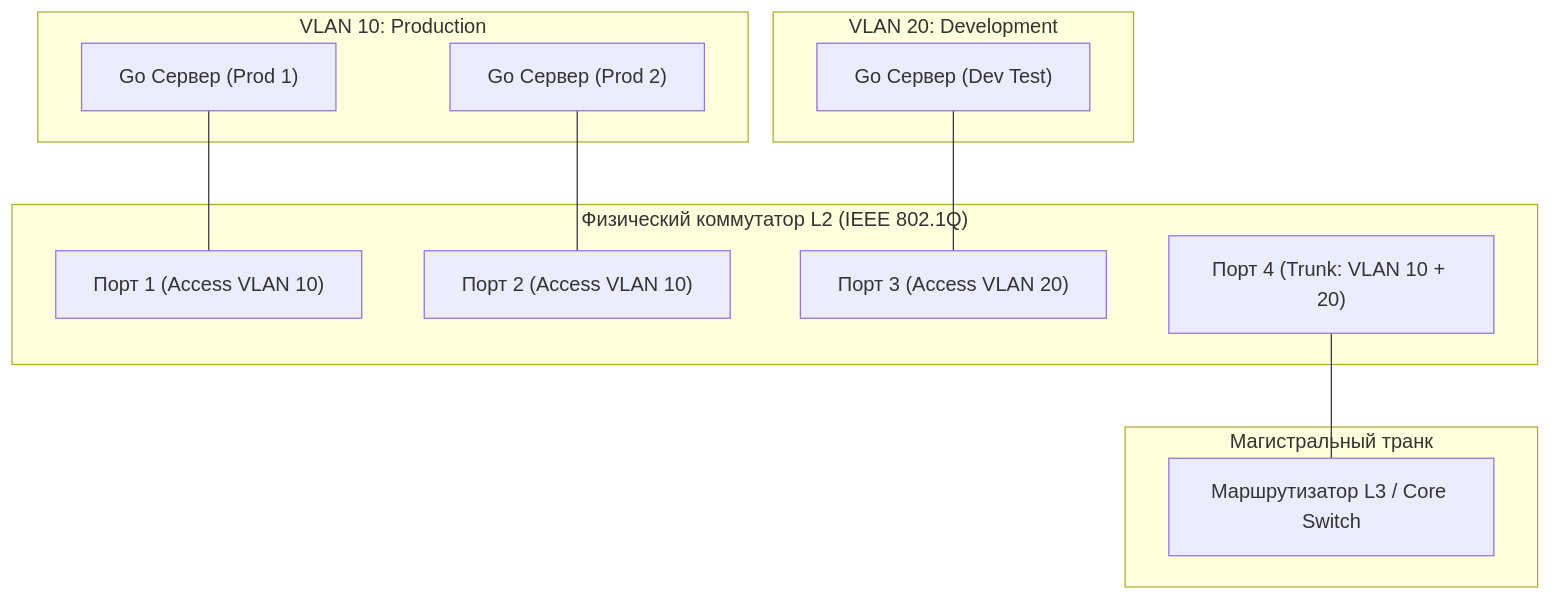
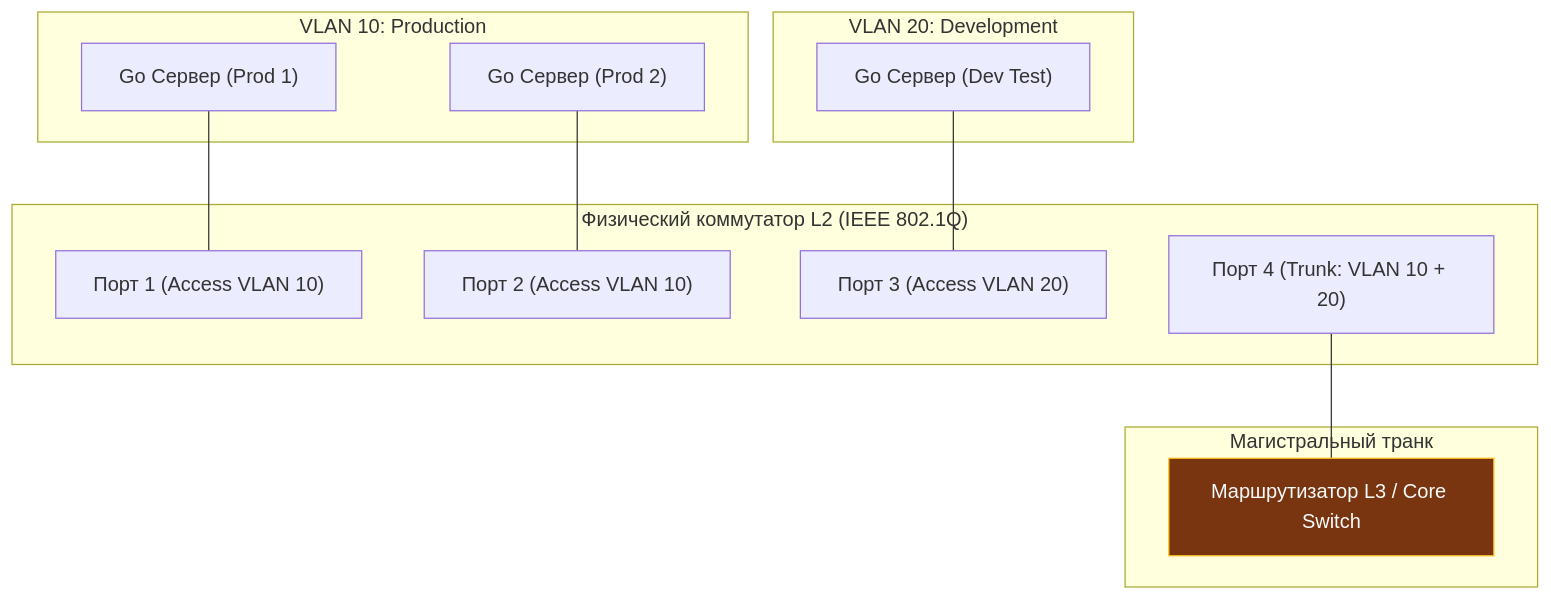
Before and after one commit to UnrealTemplier/go-textbook: the first of 5 diagrams in sources/3. Компьютерные сети и сетевой стек/9. VLAN, VXLAN и сегментация сети.md, drawn with Mermaid. The commit also changed other lines of this file and 1666 other files, not shown here.

First line of the commit message:
feat(mermaid): add semantic color classDef to 1369 colorless flowchart/graph diagrams

````diff
--- a/sources/3. Компьютерные сети и сетевой стек/9. VLAN, VXLAN и сегментация сети.md
+++ b/sources/3. Компьютерные сети и сетевой стек/9. VLAN, VXLAN и сегментация сети.md
@@ -22,27 +22,37 @@
 ```mermaid
 flowchart TD
+    classDef process  fill:#1e293b,stroke:#38bdf8,stroke-width:1px,color:#f8fafc
+    classDef success  fill:#064e3b,stroke:#34d399,stroke-width:1px,color:#f8fafc
+    classDef error    fill:#7f1d1d,stroke:#f87171,stroke-width:1px,color:#f8fafc
+    classDef warning  fill:#78350f,stroke:#fbbf24,stroke-width:1px,color:#f8fafc
+    classDef entry    fill:#1e3a5f,stroke:#38bdf8,stroke-width:2px,color:#f8fafc
+    classDef aux      fill:#334155,stroke:#64748b,stroke-width:1px,color:#f8fafc
+    classDef system   fill:#312e81,stroke:#a78bfa,stroke-width:1px,color:#f8fafc
+    classDef data     fill:#132d29,stroke:#2dd4bf,stroke-width:1px,color:#f8fafc
+    classDef network  fill:#881337,stroke:#fb7185,stroke-width:1px,color:#f8fafc
+    classDef accent   fill:#1e1b4b,stroke:#818cf8,stroke-width:1px,color:#f8fafc
     subgraph PhysicalSwitch ["Физический коммутатор L2 (IEEE 802.1Q)"]
         Port1["Порт 1 (Access VLAN 10)"]
         Port2["Порт 2 (Access VLAN 10)"]
         Port3["Порт 3 (Access VLAN 20)"]
         Port4["Порт 4 (Trunk: VLAN 10 + 20)"]
     end
 
     subgraph ProdNet ["VLAN 10: Production"]
         GoApp1["Go Сервер (Prod 1)"]
         GoApp2["Go Сервер (Prod 2)"]
     end
 
     subgraph DevNet ["VLAN 20: Development"]
         GoDev["Go Сервер (Dev Test)"]
     end
 
     subgraph Uplink ["Магистральный транк"]
-        Router["Маршрутизатор L3 / Core Switch"]
+        Router["Маршрутизатор L3 / Core Switch"]:::warning
     end
 
     GoApp1 --- Port1
     GoApp2 --- Port2
     GoDev --- Port3
     Port4 --- Router
 ```
````
